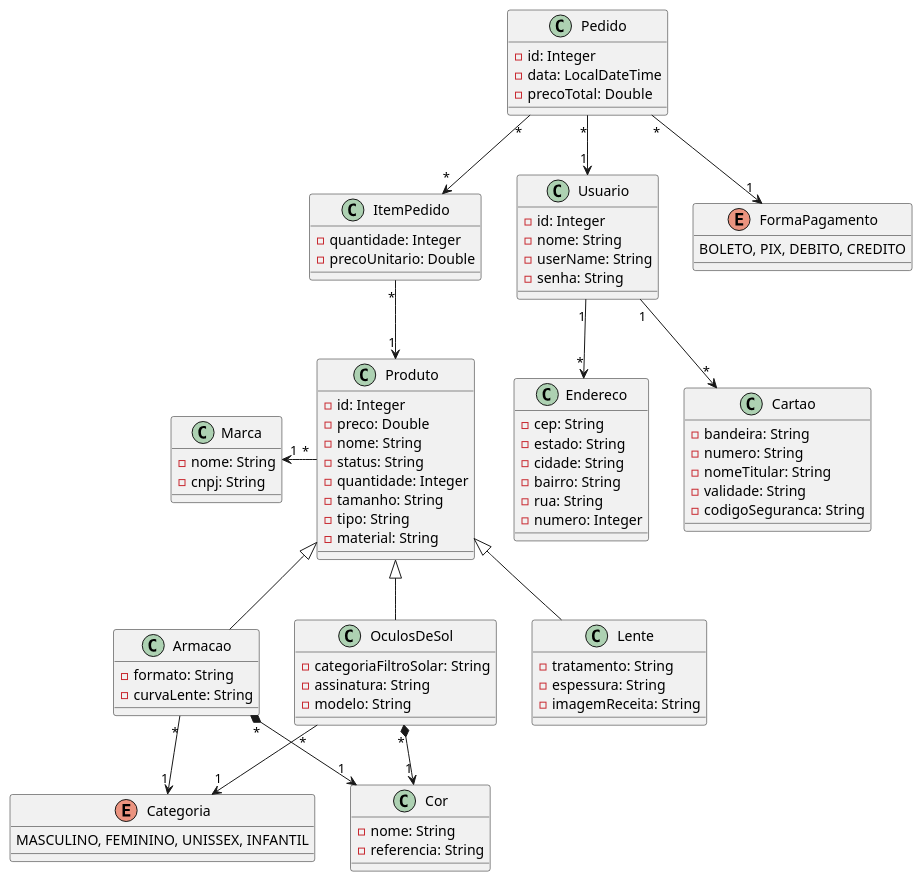
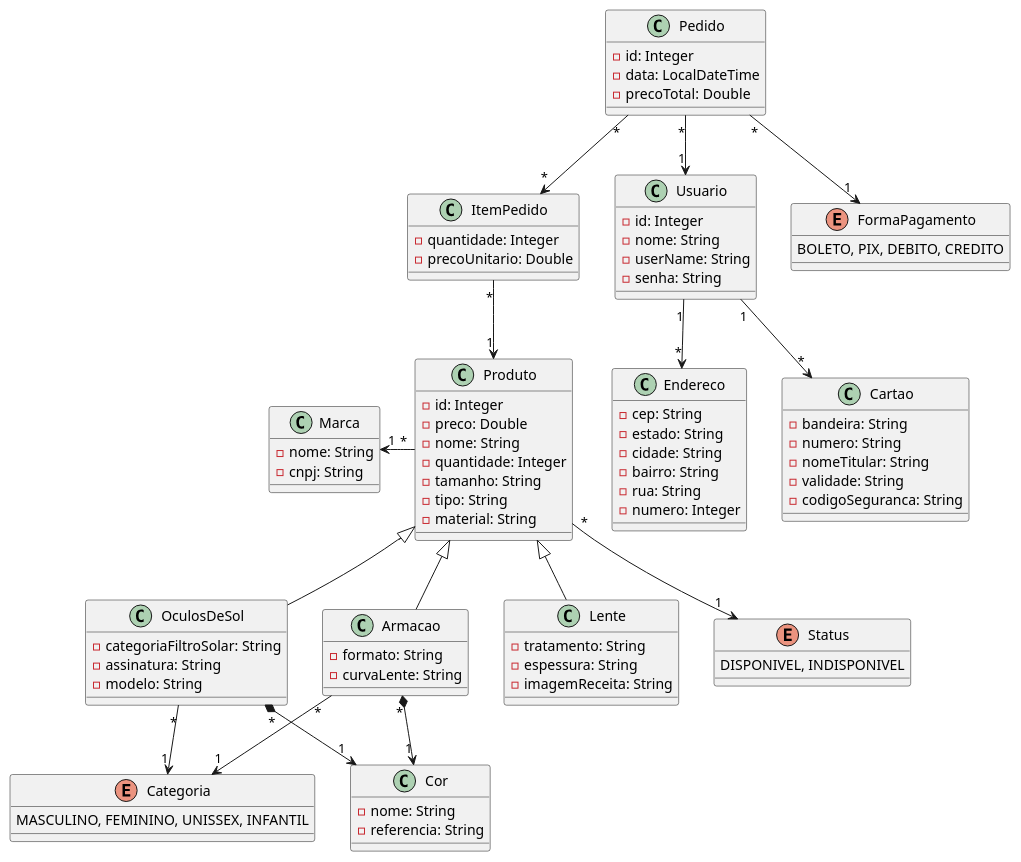
Before and after one commit to ja1vctr/TP1-otica-quarkus: the diagram in uml/otica.puml, drawn with PlantUML. The commit also changed 4 other files, not shown here.

```diff
--- a/uml/otica.puml
+++ b/uml/otica.puml
@@ -1,99 +1,103 @@
 @startuml
 class Produto {
     - id: Integer
     - preco: Double
     - nome: String
-    - status: String
     - quantidade: Integer
     - tamanho: String
     - tipo: String
     - material: String
 }
 
 class OculosDeSol extends Produto {
     - categoriaFiltroSolar: String
     - assinatura: String
     - modelo: String
 }
 
 class Armacao extends Produto {
     - formato: String
     - curvaLente: String
 }
 
 class Lente extends Produto{
     - tratamento: String
     - espessura: String
     - imagemReceita: String
 }
 
 class Pedido {
     - id: Integer
     - data: LocalDateTime
     - precoTotal: Double
 }
 
 class ItemPedido {
     - quantidade: Integer
     - precoUnitario: Double
 }
 
 class Usuario {
     - id: Integer
     - nome: String
     - userName: String
     - senha: String
 }
 
 class Endereco {
     - cep: String
     - estado: String
     - cidade: String
     - bairro: String
     - rua: String
     - numero: Integer
 }
 
 enum FormaPagamento {
     BOLETO, PIX, DEBITO, CREDITO
 }
 
 enum Categoria {
     MASCULINO, FEMININO, UNISSEX, INFANTIL
 }
 
+enum Status {
+    DISPONIVEL, INDISPONIVEL
+}
+
 class Cartao {
     - bandeira: String
     - numero: String
     - nomeTitular: String
     - validade: String
     - codigoSeguranca: String
 }
 
 class Cor {
     - nome: String
     - referencia: String
 }
 
 Class Marca { 
     - nome: String
     - cnpj: String
 }
 
 Armacao     "*" *--> "1" Cor
 Armacao     "*"  --> "1" Categoria
 
 Produto     "*" -left-> "1"  Marca
+Produto     "*" --> "1"  Status
 
 OculosDeSol "*" *--> "1" Cor
 OculosDeSol "*"  --> "1" Categoria
 
 Pedido      "*" --> "1"  Usuario
 Pedido      "*" --> "*"  ItemPedido
 Pedido      "*" --> "1"  FormaPagamento
 
 ItemPedido  "*" --> "1"  Produto
 
 Usuario     "1" --> "*"  Endereco
 Usuario     "1" --> "*"  Cartao
 @enduml
```
